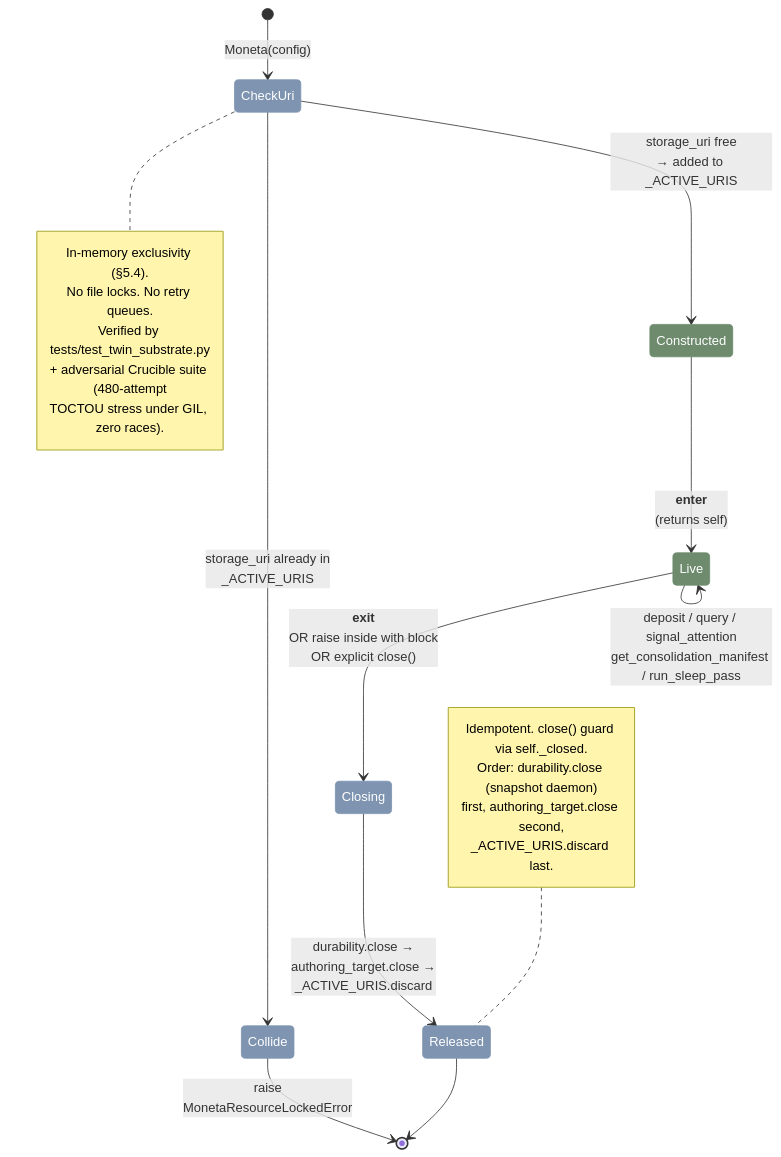
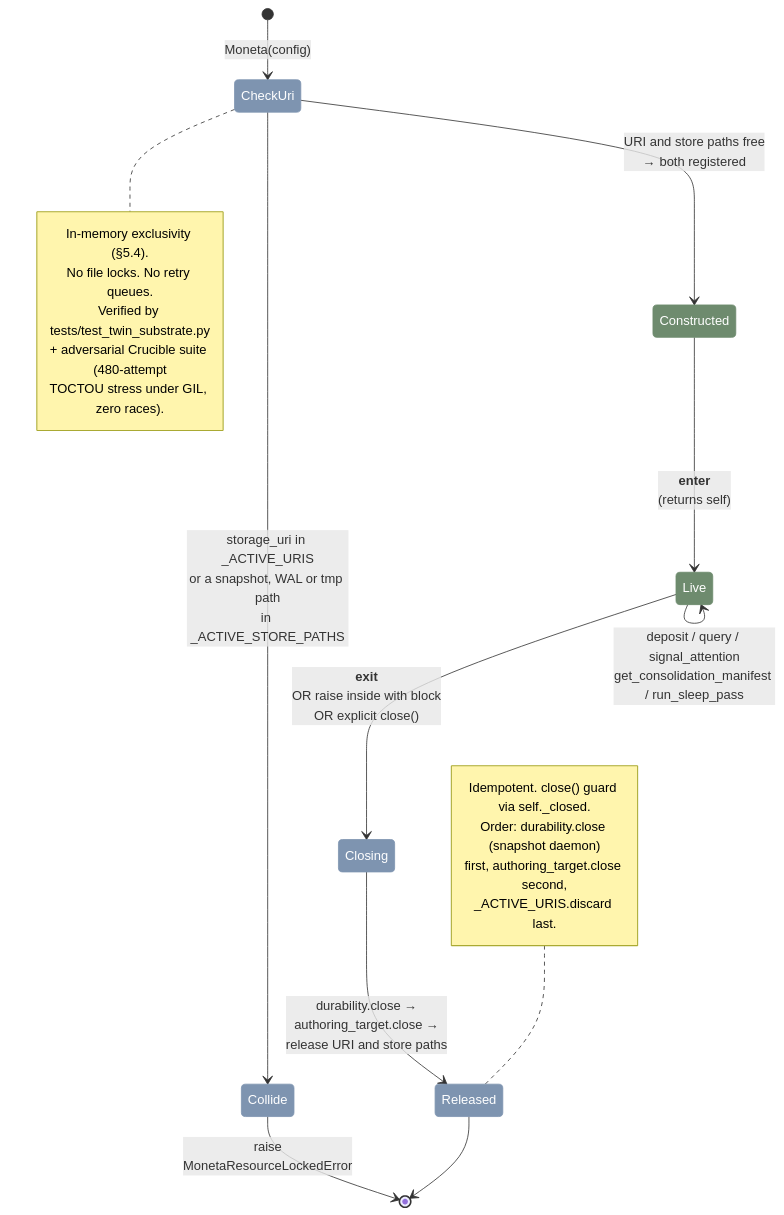
One commit to JosephOIbrahim/Moneta changed the second of 11 diagrams in README.md. Above: the diagram before and after it, drawn with Mermaid. The commit also changed other lines of this file and 5 other files, not shown here.

````diff
--- a/README.md
+++ b/README.md
@@ -259,35 +341,35 @@
 ```mermaid
 stateDiagram-v2
     [*] --> CheckUri: Moneta(config)
-    CheckUri --> Collide: storage_uri already in<br/>_ACTIVE_URIS
-    CheckUri --> Constructed: storage_uri free<br/>→ added to _ACTIVE_URIS
+    CheckUri --> Collide: storage_uri in _ACTIVE_URIS<br/>or a snapshot, WAL or tmp path<br/>in _ACTIVE_STORE_PATHS
+    CheckUri --> Constructed: URI and store paths free<br/>→ both registered
     Collide --> [*]: raise<br/>MonetaResourceLockedError
 
     Constructed --> Live: __enter__<br/>(returns self)
     Live --> Live: deposit / query / signal_attention<br/>get_consolidation_manifest / run_sleep_pass
 
     Live --> Closing: __exit__<br/>OR raise inside with block<br/>OR explicit close()
-    Closing --> Released: durability.close →<br/>authoring_target.close →<br/>_ACTIVE_URIS.discard
+    Closing --> Released: durability.close →<br/>authoring_target.close →<br/>release URI and store paths
     Released --> [*]
 
     classDef live fill:#6E8B6E,color:#fff,stroke:#6E8B6E
     classDef control fill:#7E94B0,color:#fff,stroke:#7E94B0
 
     class Constructed,Live live
     class CheckUri,Collide,Closing,Released control
 
     note right of CheckUri
         In-memory exclusivity (§5.4).
         No file locks. No retry queues.
         Verified by tests/test_twin_substrate.py
         + adversarial Crucible suite (480-attempt
         TOCTOU stress under GIL, zero races).
     end note
 
     note left of Released
         Idempotent. close() guard via self._closed.
         Order: durability.close (snapshot daemon)
         first, authoring_target.close second,
         _ACTIVE_URIS.discard last.
     end note
 ```
````
